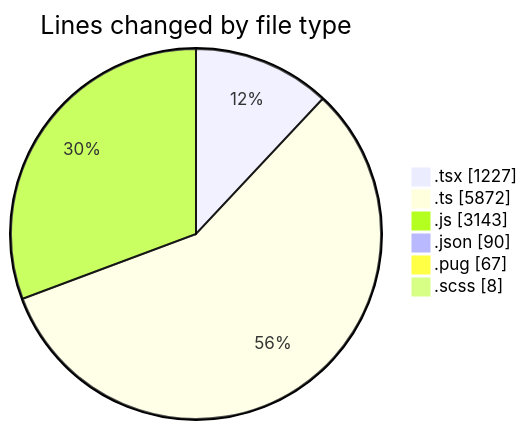
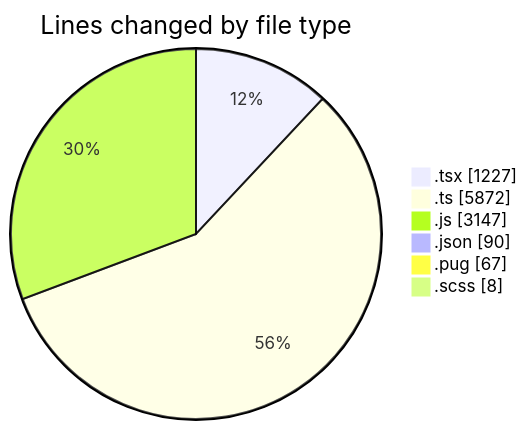
One commit to momahboobian/code-tracking changed the first of 2 diagrams in 2025-03-24/cda/README.md. Above: the diagram before and after it, drawn with Mermaid. The commit also changed other lines of this file and 1 other file, not shown here.

````diff
--- a/2025-03-24/cda/README.md
+++ b/2025-03-24/cda/README.md
@@ -41,10 +41,10 @@
 ```mermaid
 pie showData
 title Lines changed by file type
 ".tsx" : 1227
 ".ts" : 5872
-".js" : 3143
+".js" : 3147
 ".json" : 90
 ".pug" : 67
 ".scss" : 8
 ```
````
